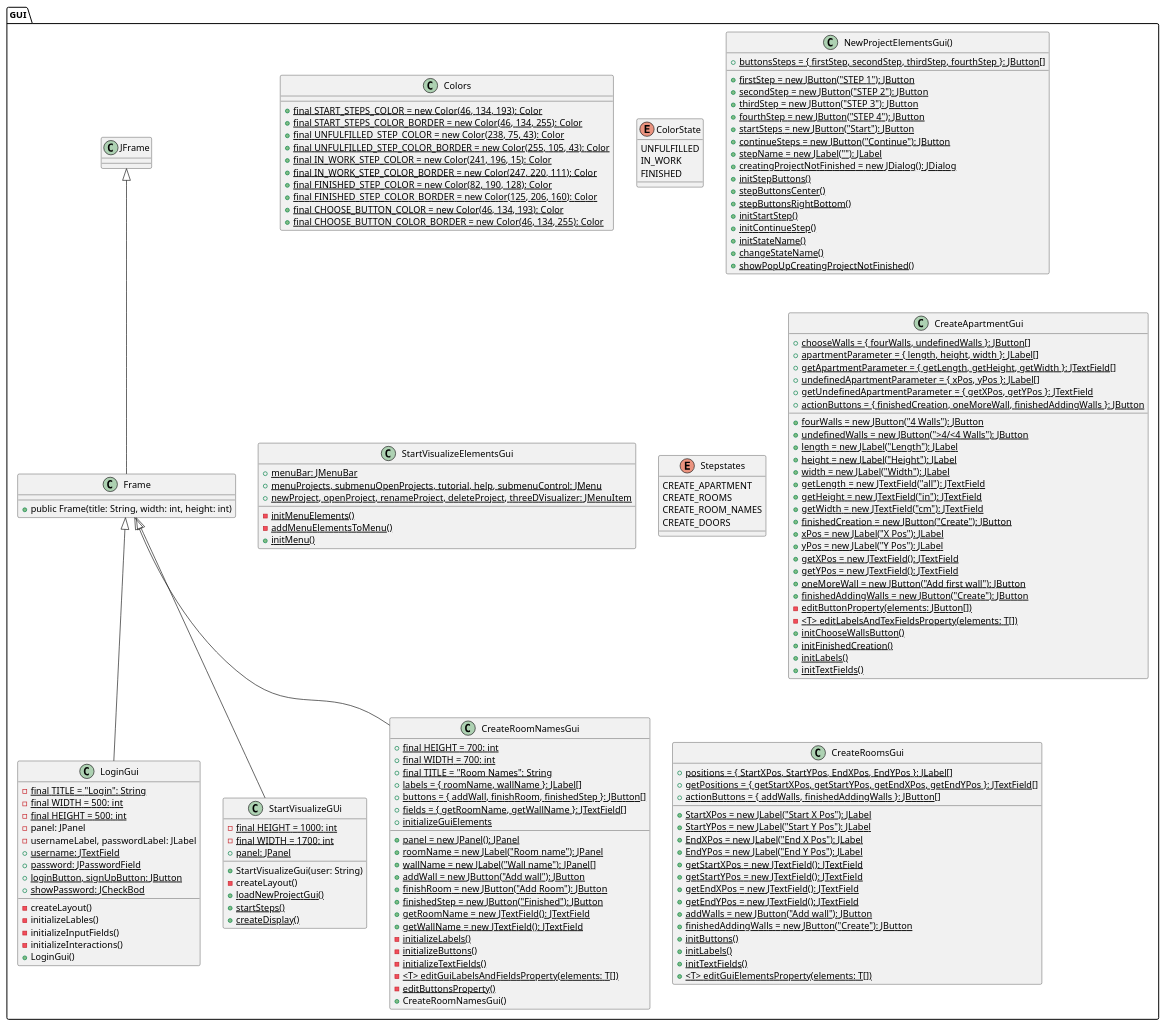
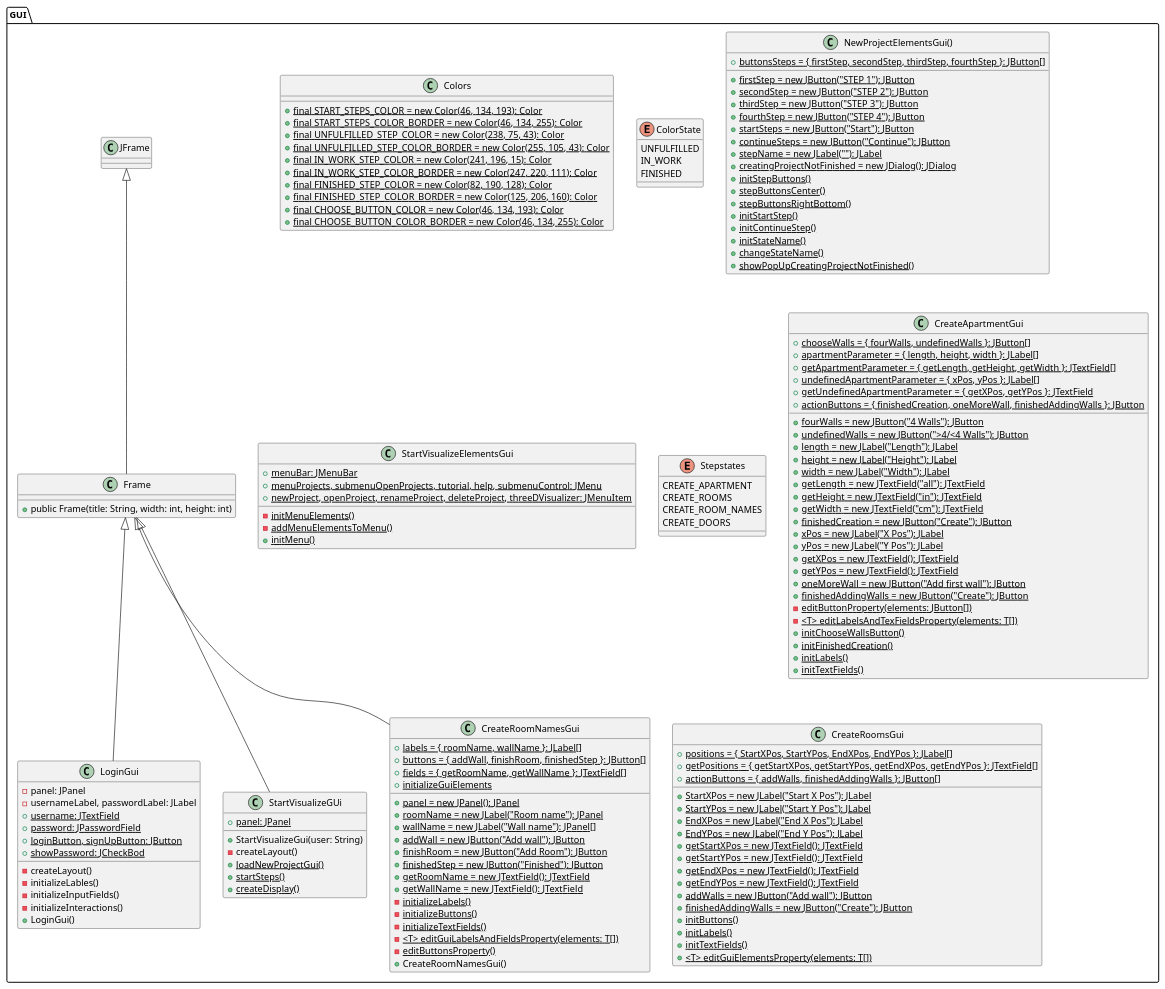
The diagram in doc/Diagrams/class diagrams/GUI class diagram.md (Raboro/Home-Visualizer), drawn with PlantUML before and after one commit. The commit also changed 2 other files, not shown here.

Commit message:
make changes in diagrams

```diff
--- a/doc/Diagrams/class diagrams/GUI class diagram.md
+++ b/doc/Diagrams/class diagrams/GUI class diagram.md
@@ -7,9 +7,6 @@
     }
 
     class LoginGui extends Frame{
-        {static} - final TITLE = "Login": String
-        {static} - final WIDTH = 500: int
-        {static} - final HEIGHT = 500: int
         - panel: JPanel
         - usernameLabel, passwordLabel: JLabel
         {static} + username: JTextField        
@@ -24,8 +21,6 @@
     }
 
     class StartVisualizeGUi extends Frame {
-        {static} - final HEIGHT = 1000: int
-        {static} - final WIDTH = 1700: int
         {static} + panel: JPanel
         + StartVisualizeGui(user: String)
         - createLayout()
@@ -140,9 +135,6 @@
     }
 
     class CreateRoomNamesGui extends Frame {
-        {static} + final HEIGHT = 700: int
-        {static} + final WIDTH = 700: int
-        {static} + final TITLE = "Room Names": String
         {static} + panel = new JPanel(): JPanel
         {static} + roomName = new JLabel("Room name"): JPanel
         {static} + wallName = new JLabel("Wall name"): JPanel[]
```
